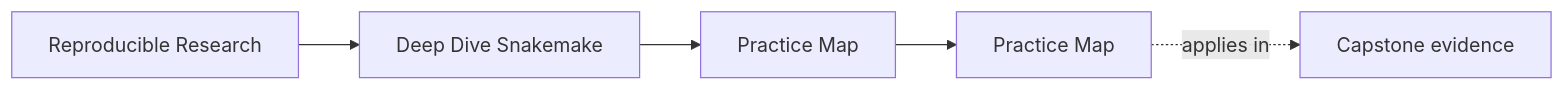
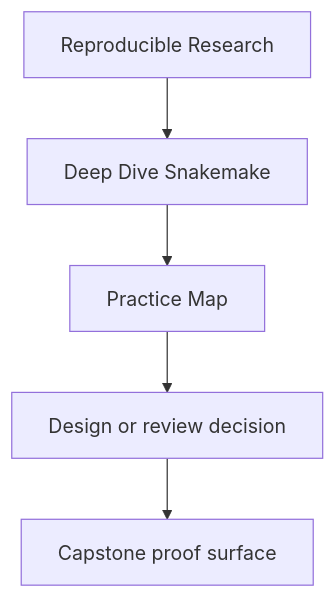
One commit to bijux/bijux-masterclass changed the first of 2 diagrams in programs/reproducible-research/deep-dive-snakemake/course-book/reference/practice-map.md. Above: the diagram before and after it, drawn with Mermaid. The commit also changed other lines of this file and 29 other files, not shown here.

Commit message:
docs(deep-dive-snakemake): sharpen guide and reference diagrams

````diff
--- a/programs/reproducible-research/deep-dive-snakemake/course-book/reference/practice-map.md
+++ b/programs/reproducible-research/deep-dive-snakemake/course-book/reference/practice-map.md
@@ -9,11 +9,7 @@
 ```mermaid
-graph LR
-  family["Reproducible Research"]
-  program["Deep Dive Snakemake"]
-  section["Practice Map"]
-  page["Practice Map"]
-  capstone["Capstone evidence"]
-
-  family --> program --> section --> page
-  page -.applies in.-> capstone
+flowchart TD
+  family["Reproducible Research"] --> program["Deep Dive Snakemake"]
+  program --> reference["Practice Map"]
+  reference --> review["Design or review decision"]
+  review --> capstone["Capstone proof surface"]
 ```
````
